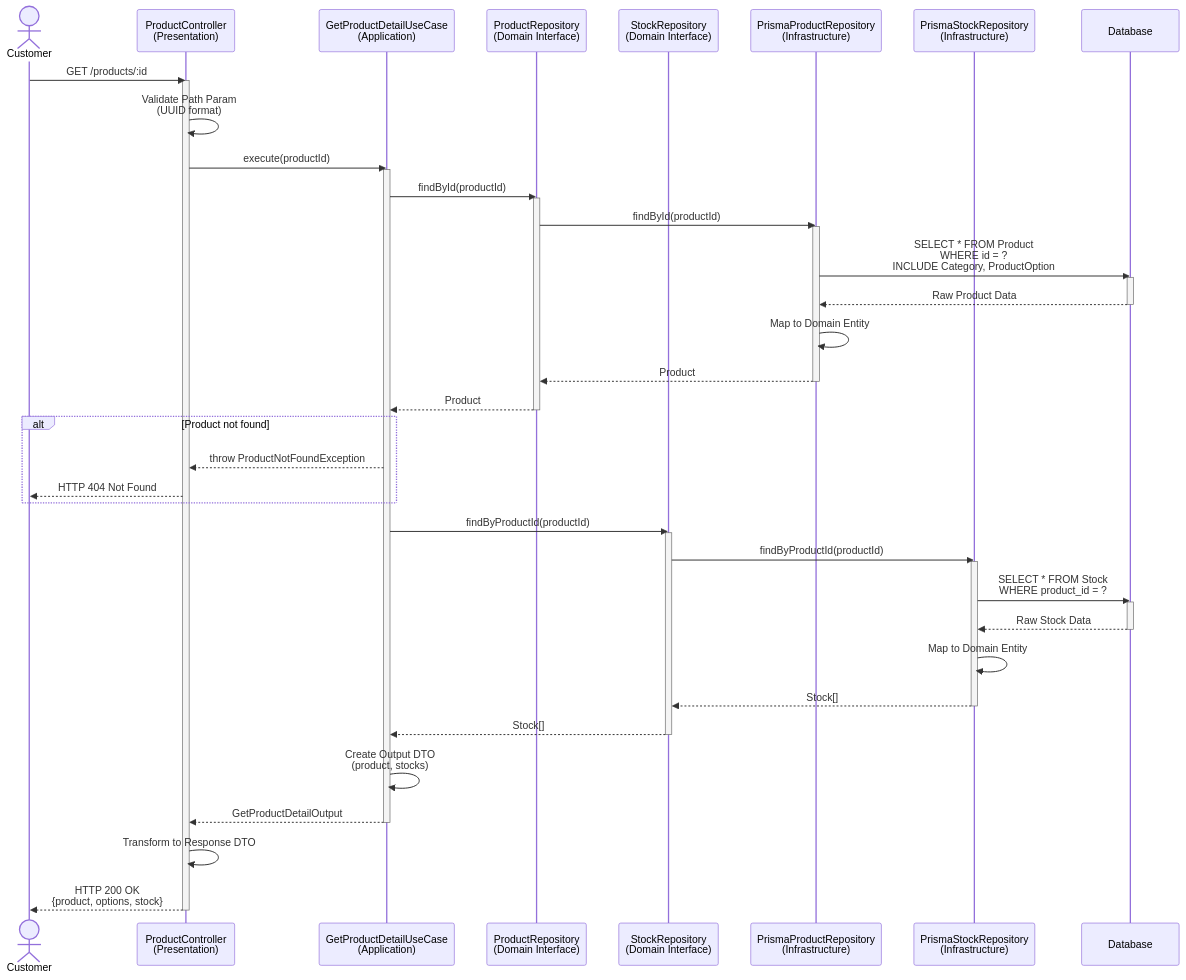
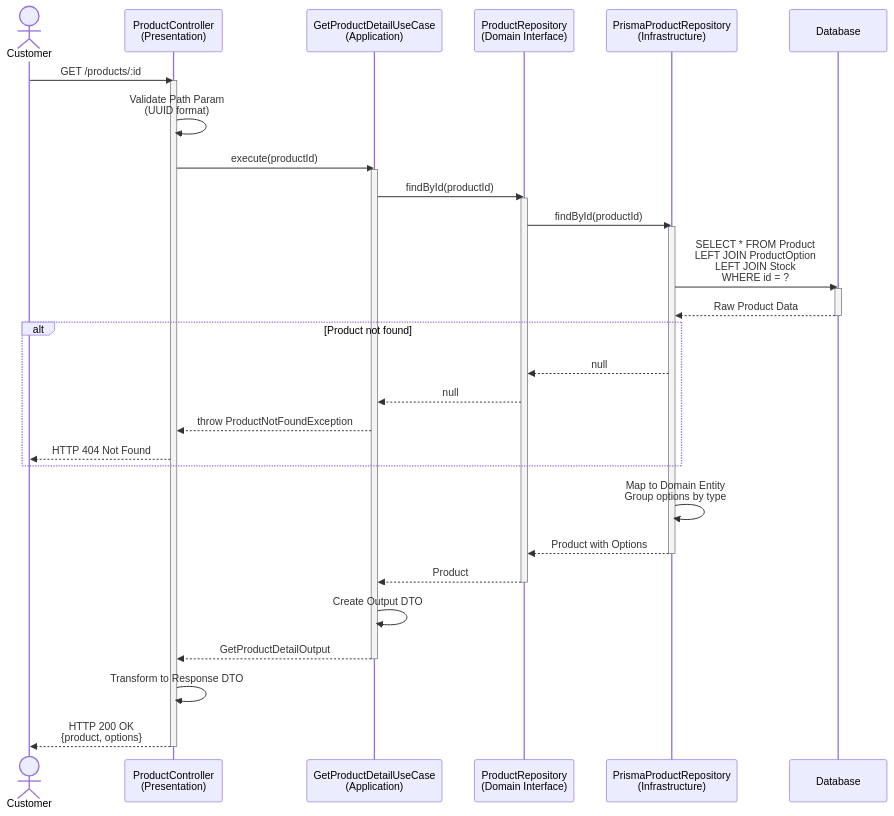
The second of 5 diagrams in docs/dev/dashboard/product/sequence-diagrams.md (ywj3493/hhplus-e-commerce), drawn with Mermaid before and after one commit. The commit also changed other lines of this file and 2 other files, not shown here.

First line of the commit message:
docs: update product domain documentation for Issue #007

````diff
--- a/docs/dev/dashboard/product/sequence-diagrams.md
+++ b/docs/dev/dashboard/product/sequence-diagrams.md
@@ -341,60 +313,50 @@
 ```mermaid
 sequenceDiagram
     actor Customer
     participant Controller as ProductController<br/>(Presentation)
     participant UseCase as GetProductDetailUseCase<br/>(Application)
-    participant ProdRepo as ProductRepository<br/>(Domain Interface)
-    participant StockRepo as StockRepository<br/>(Domain Interface)
-    participant ProdImpl as PrismaProductRepository<br/>(Infrastructure)
-    participant StockImpl as PrismaStockRepository<br/>(Infrastructure)
+    participant ProductRepo as ProductRepository<br/>(Domain Interface)
+    participant ProductImpl as PrismaProductRepository<br/>(Infrastructure)
     participant DB as Database
 
     Customer->>Controller: GET /products/:id
     activate Controller
 
     Controller->>Controller: Validate Path Param<br/>(UUID format)
 
     Controller->>UseCase: execute(productId)
     activate UseCase
 
-    UseCase->>ProdRepo: findById(productId)
-    activate ProdRepo
-    ProdRepo->>ProdImpl: findById(productId)
-    activate ProdImpl
-    ProdImpl->>DB: SELECT * FROM Product<br/>WHERE id = ?<br/>INCLUDE Category, ProductOption
+    UseCase->>ProductRepo: findById(productId)
+    activate ProductRepo
+
+    ProductRepo->>ProductImpl: findById(productId)
+    activate ProductImpl
+
+    ProductImpl->>DB: SELECT * FROM Product<br/>LEFT JOIN ProductOption<br/>LEFT JOIN Stock<br/>WHERE id = ?
     activate DB
-    DB-->>ProdImpl: Raw Product Data
+    DB-->>ProductImpl: Raw Product Data
     deactivate DB
-    ProdImpl->>ProdImpl: Map to Domain Entity
-    ProdImpl-->>ProdRepo: Product
-    deactivate ProdImpl
-    ProdRepo-->>UseCase: Product
-    deactivate ProdRepo
 
     alt Product not found
+        ProductImpl-->>ProductRepo: null
+        ProductRepo-->>UseCase: null
         UseCase-->>Controller: throw ProductNotFoundException
         Controller-->>Customer: HTTP 404 Not Found
     end
 
-    UseCase->>StockRepo: findByProductId(productId)
-    activate StockRepo
-    StockRepo->>StockImpl: findByProductId(productId)
-    activate StockImpl
-    StockImpl->>DB: SELECT * FROM Stock<br/>WHERE product_id = ?
-    activate DB
-    DB-->>StockImpl: Raw Stock Data
-    deactivate DB
-    StockImpl->>StockImpl: Map to Domain Entity
-    StockImpl-->>StockRepo: Stock[]
-    deactivate StockImpl
-    StockRepo-->>UseCase: Stock[]
-    deactivate StockRepo
+    ProductImpl->>ProductImpl: Map to Domain Entity<br/>Group options by type
+    ProductImpl-->>ProductRepo: Product with Options
+    deactivate ProductImpl
 
-    UseCase->>UseCase: Create Output DTO<br/>(product, stocks)
+    ProductRepo-->>UseCase: Product
+    deactivate ProductRepo
+
+    UseCase->>UseCase: Create Output DTO
     UseCase-->>Controller: GetProductDetailOutput
     deactivate UseCase
 
     Controller->>Controller: Transform to Response DTO
-    Controller-->>Customer: HTTP 200 OK<br/>{product, options, stock}
+    Controller-->>Customer: HTTP 200 OK<br/>{product, options}
     deactivate Controller
 ```
````
